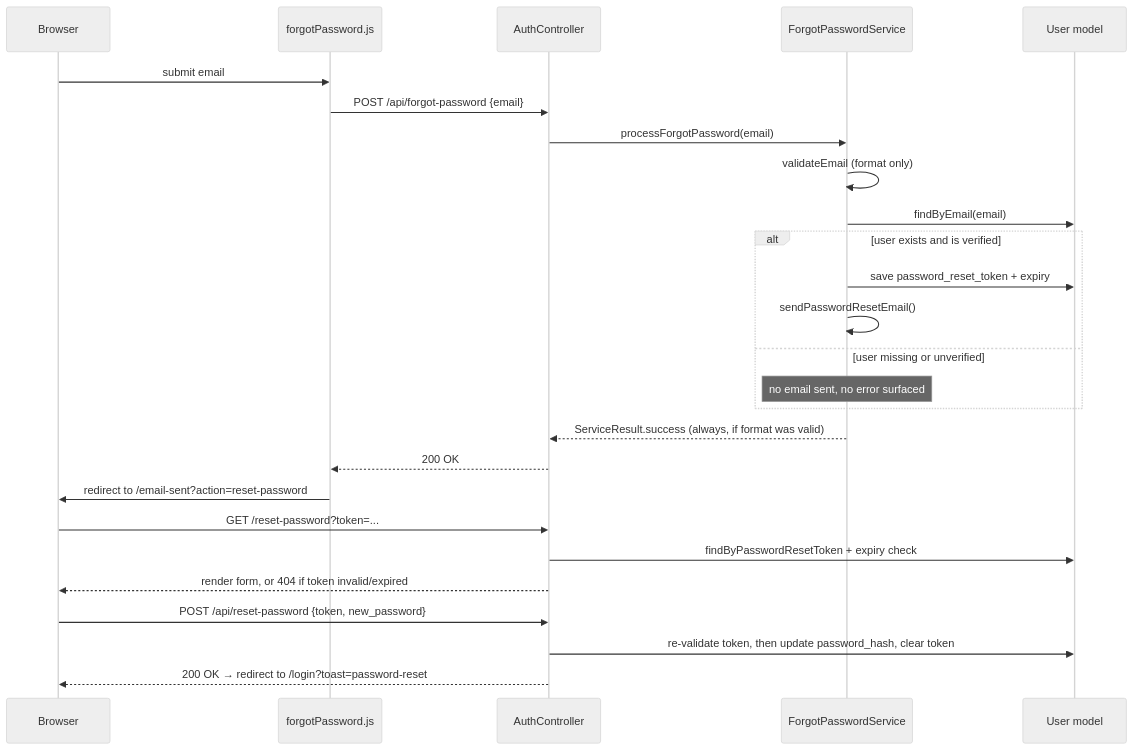
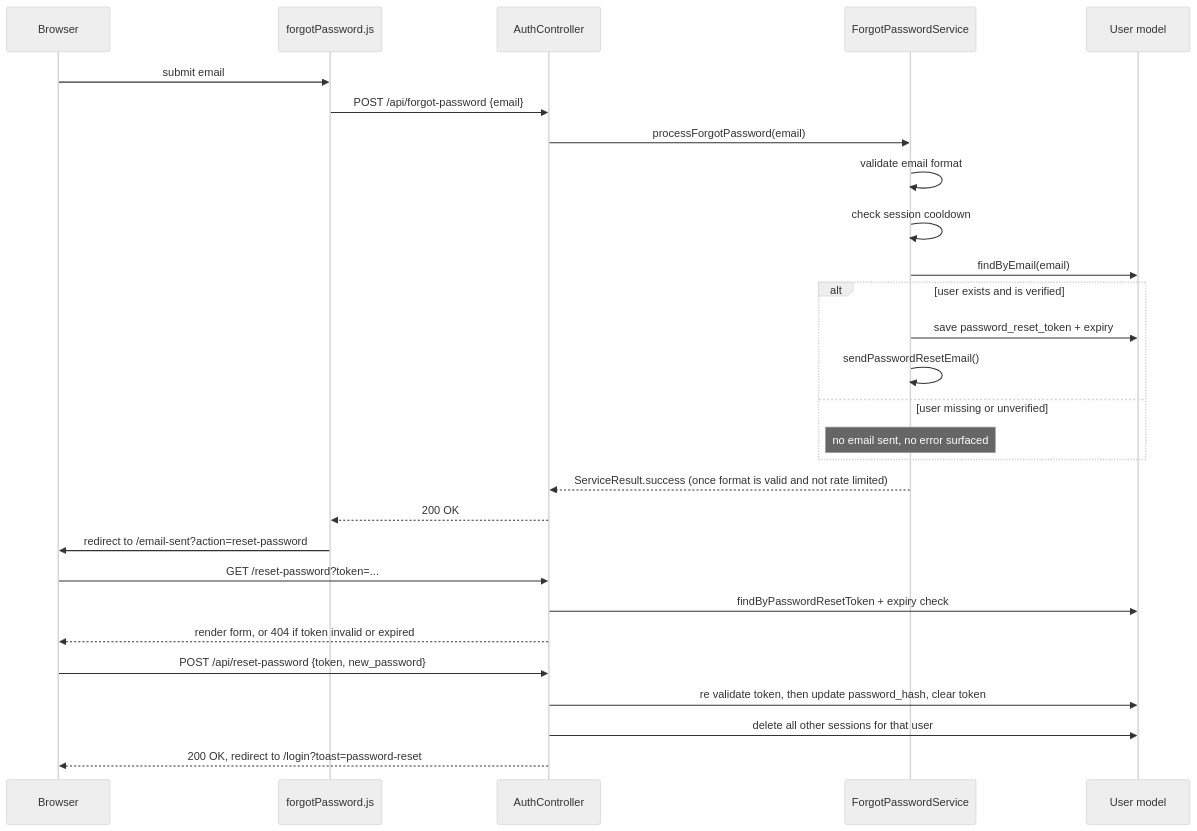
One commit to ysengoku/camagru changed the third of 3 diagrams in doc/AUTH.md. Above: the diagram before and after it, drawn with Mermaid (neutral theme). The commit also changed other lines of this file and 2 other files, not shown here.

````diff
--- a/doc/AUTH.md
+++ b/doc/AUTH.md
@@ -146,31 +133,33 @@
 ```mermaid
 sequenceDiagram
     participant U as Browser
     participant JS as forgotPassword.js
     participant AC as AuthController
     participant FPS as ForgotPasswordService
     participant DB as User model
 
     U->>JS: submit email
     JS->>AC: POST /api/forgot-password {email}
     AC->>FPS: processForgotPassword(email)
-    FPS->>FPS: validateEmail (format only)
+    FPS->>FPS: validate email format
+    FPS->>FPS: check session cooldown
     FPS->>DB: findByEmail(email)
     alt user exists and is verified
         FPS->>DB: save password_reset_token + expiry
         FPS->>FPS: sendPasswordResetEmail()
     else user missing or unverified
         Note over FPS: no email sent, no error surfaced
     end
-    FPS-->>AC: ServiceResult.success (always, if format was valid)
+    FPS-->>AC: ServiceResult.success (once format is valid and not rate limited)
     AC-->>JS: 200 OK
     JS->>U: redirect to /email-sent?action=reset-password
 
     U->>AC: GET /reset-password?token=...
     AC->>DB: findByPasswordResetToken + expiry check
-    AC-->>U: render form, or 404 if token invalid/expired
+    AC-->>U: render form, or 404 if token invalid or expired
 
     U->>AC: POST /api/reset-password {token, new_password}
-    AC->>DB: re-validate token, then update password_hash, clear token
-    AC-->>U: 200 OK → redirect to /login?toast=password-reset
+    AC->>DB: re validate token, then update password_hash, clear token
+    AC->>DB: delete all other sessions for that user
+    AC-->>U: 200 OK, redirect to /login?toast=password-reset
 ```
````
